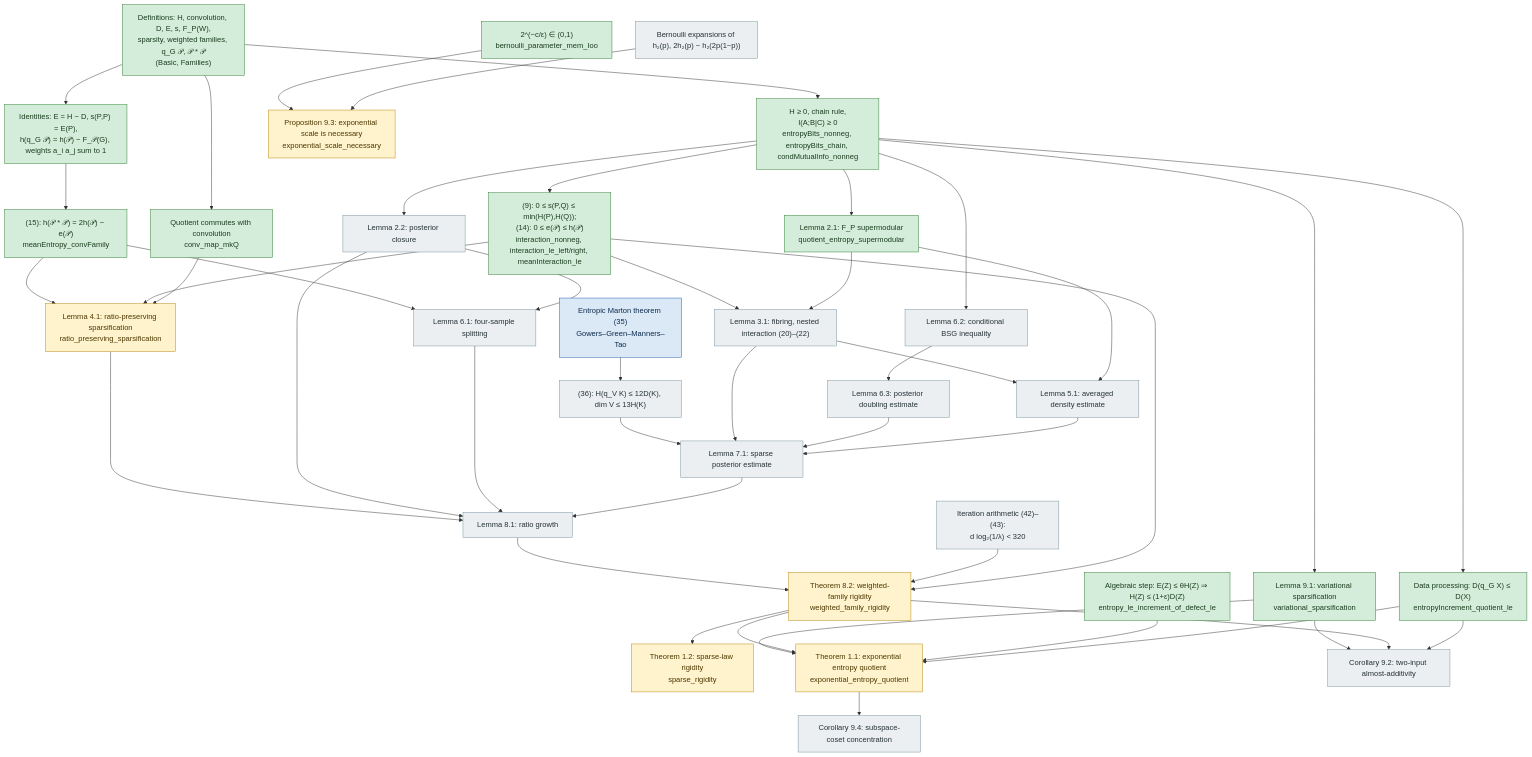
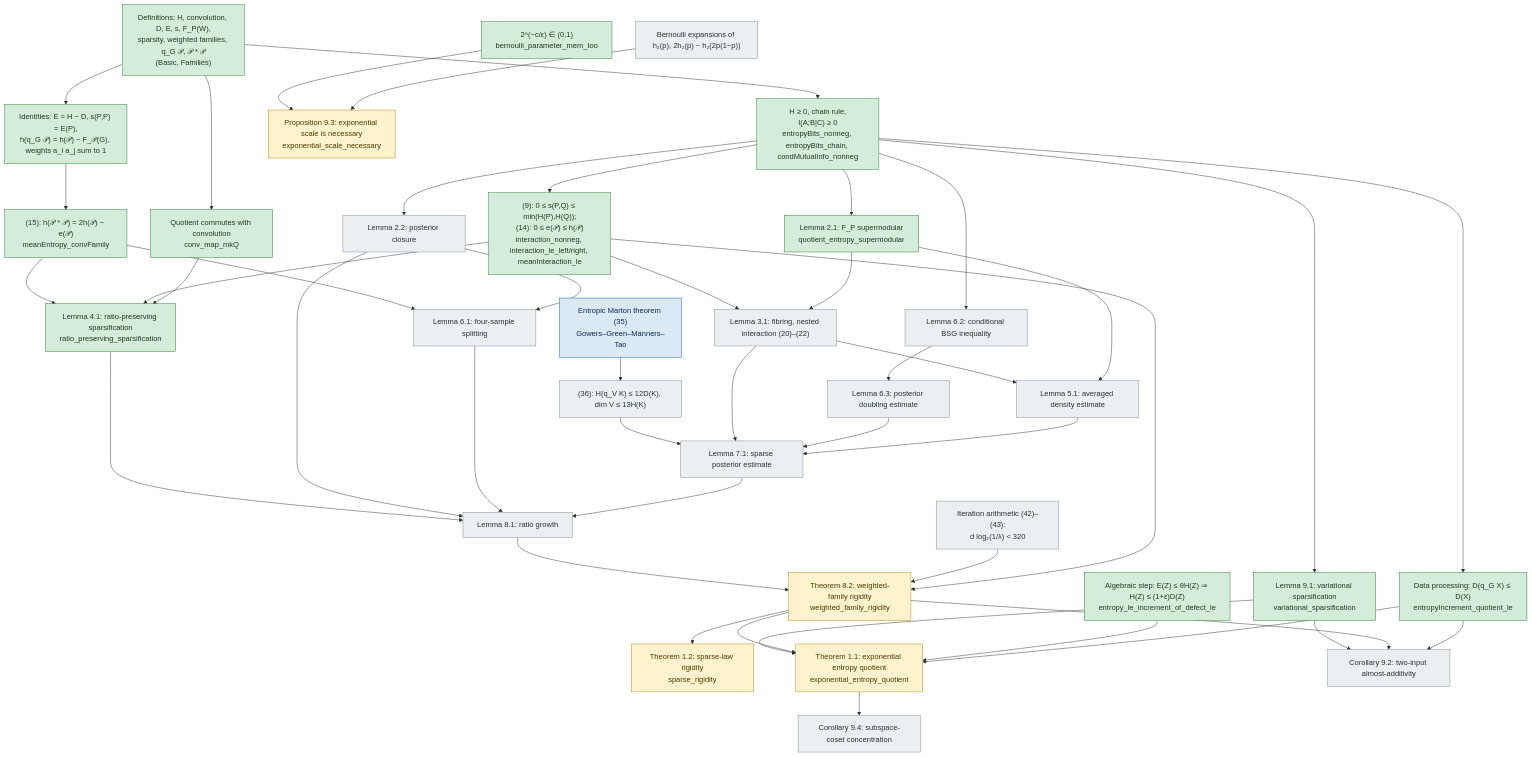
One commit to JosiahPark/entropy-quotients-lean changed the diagram in docs/DEPENDENCIES.md. Above: the diagram before and after it, drawn with Mermaid.

Commit message:
formalize: C4b mark Lemma 4.1 proved in docs/DEPENDENCIES.md (CI green at 459e514)

```diff
--- a/docs/DEPENDENCIES.md
+++ b/docs/DEPENDENCIES.md
@@ -35,7 +35,7 @@
 
   %% Sections 3-7
   L31["Lemma 3.1: fibring, nested interaction (20)–(22)"]:::missing
-  L41["Lemma 4.1: ratio-preserving sparsification<br/>ratio_preserving_sparsification"]:::stated
+  L41["Lemma 4.1: ratio-preserving sparsification<br/>ratio_preserving_sparsification"]:::proved
   L51["Lemma 5.1: averaged density estimate"]:::missing
   L61["Lemma 6.1: four-sample splitting"]:::missing
   L62["Lemma 6.2: conditional BSG inequality"]:::missing
```
